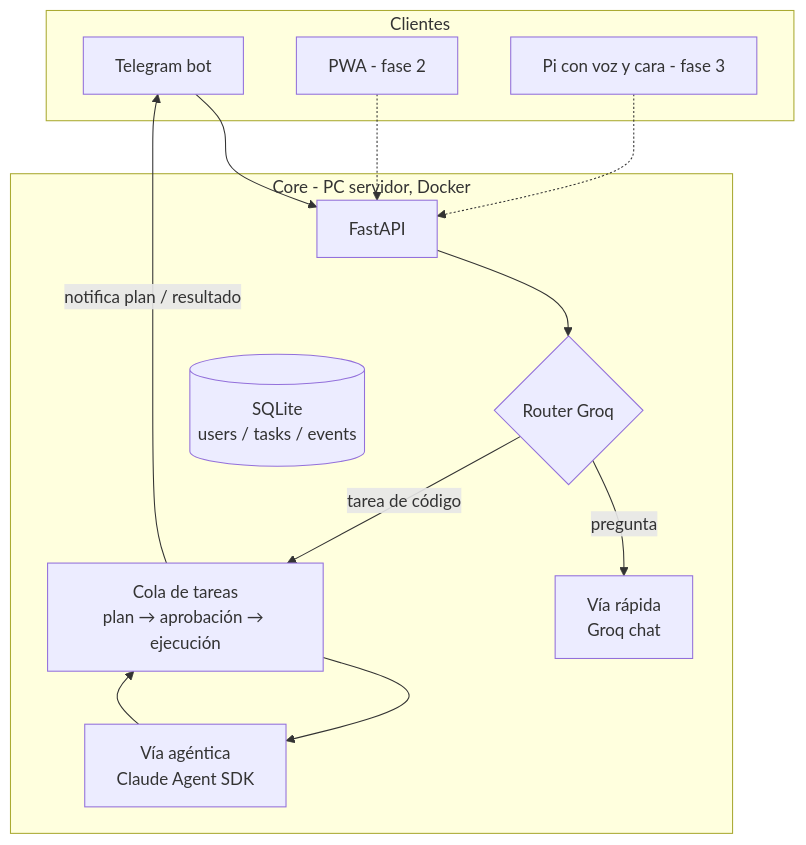
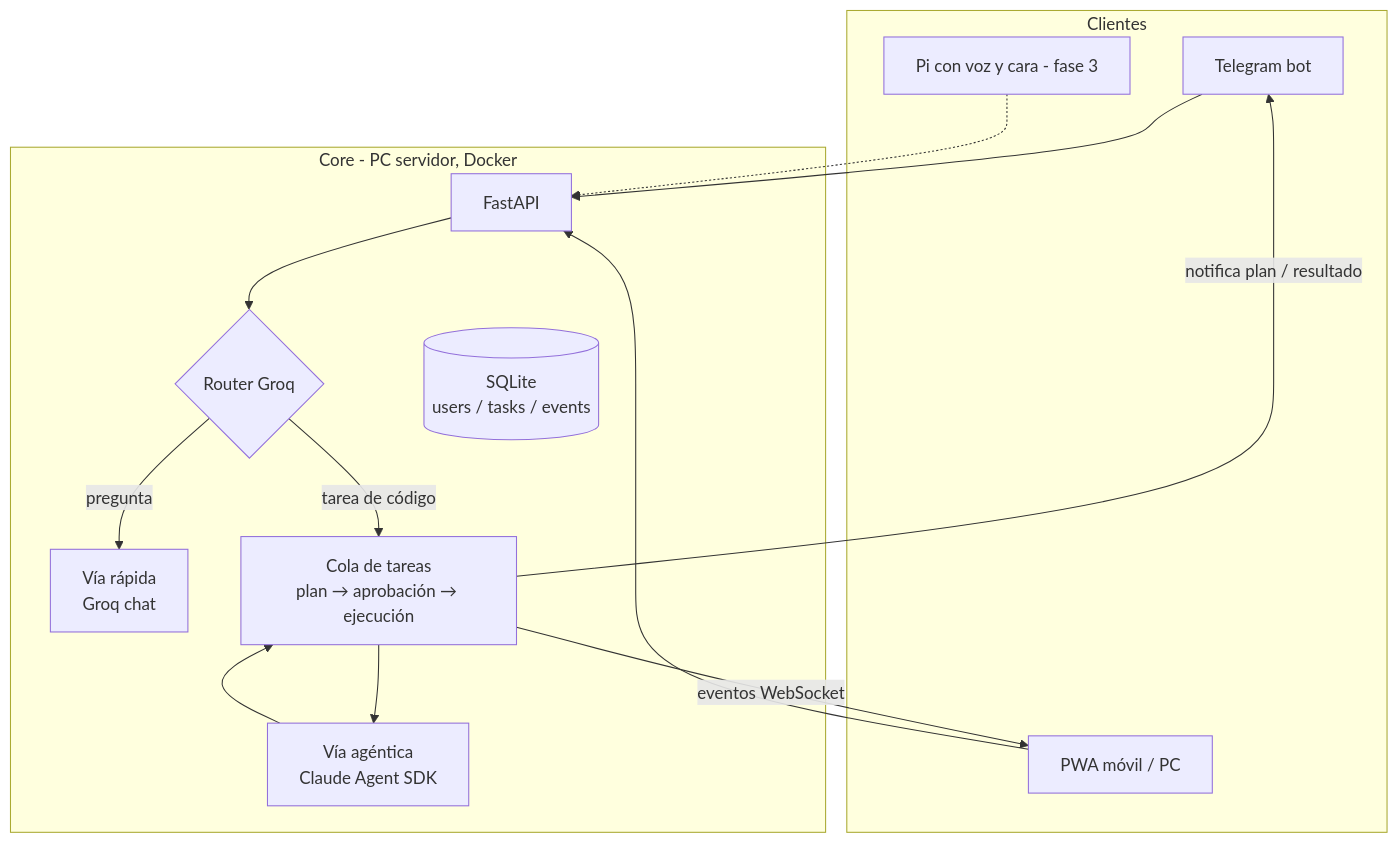
One commit to RubenGGBC/vibi changed the diagram in README.md. Above: the diagram before and after it, drawn with Mermaid. The commit also changed other lines of this file and 91 other files, not shown here.

````diff
--- a/README.md
+++ b/README.md
@@ -12,28 +12,29 @@
 ```mermaid
 flowchart TB
     subgraph clientes [Clientes]
         TG[Telegram bot]
-        PWA[PWA - fase 2]
+        PWA[PWA móvil / PC]
         PI[Pi con voz y cara - fase 3]
     end
 
     subgraph core [Core - PC servidor, Docker]
         API[FastAPI]
         R{Router Groq}
         RAP[Vía rápida\nGroq chat]
         COLA[Cola de tareas\nplan → aprobación → ejecución]
         AG[Vía agéntica\nClaude Agent SDK]
         DB[(SQLite\nusers / tasks / events)]
     end
 
     TG --> API
-    PWA -.-> API
+    PWA --> API
     PI -.-> API
     API --> R
     R -->|pregunta| RAP
     R -->|tarea de código| COLA
     COLA --> AG
     AG --> COLA
     COLA -->|notifica plan / resultado| TG
+    COLA -->|eventos WebSocket| PWA
     core --- DB
 ```
````
